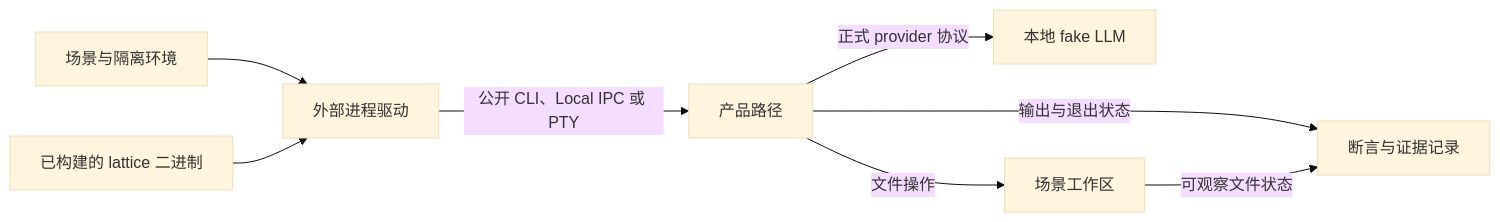
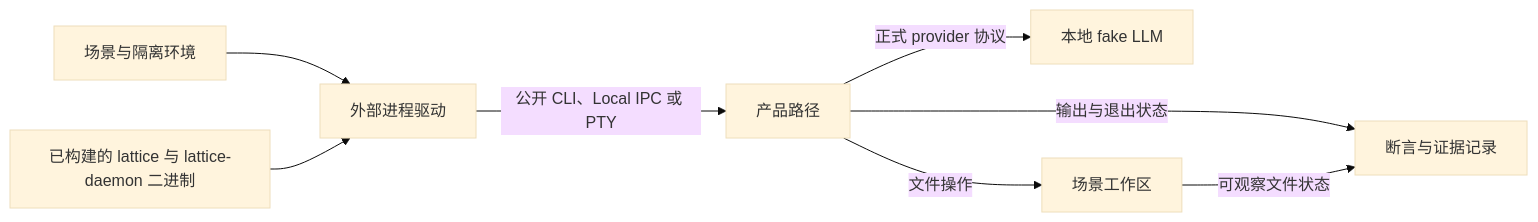
One commit to Skyline10124/lattice changed the diagram in docs/development/testing.md. Above: the diagram before and after it, drawn with Mermaid (base theme). The commit also changed other lines of this file and 77 other files, not shown here.

First line of the commit message:
feat(daemon): 后台改由 systemd 托管，新增 lattice-daemon 与 lattice daemon install (#411)

````diff
--- a/docs/development/testing.md
+++ b/docs/development/testing.md
@@ -35,10 +35,10 @@
 ```mermaid
 flowchart LR
     S["场景与隔离环境"] --> D["外部进程驱动"]
-    B["已构建的 lattice 二进制"] --> D
+    B["已构建的 lattice 与 lattice-daemon 二进制"] --> D
     D -->|公开 CLI、Local IPC 或 PTY| P["产品路径"]
     P -->|正式 provider 协议| F["本地 fake LLM"]
     P -->|文件操作| W["场景工作区"]
     P -->|输出与退出状态| A["断言与证据记录"]
     W -->|可观察文件状态| A
 ```
````
